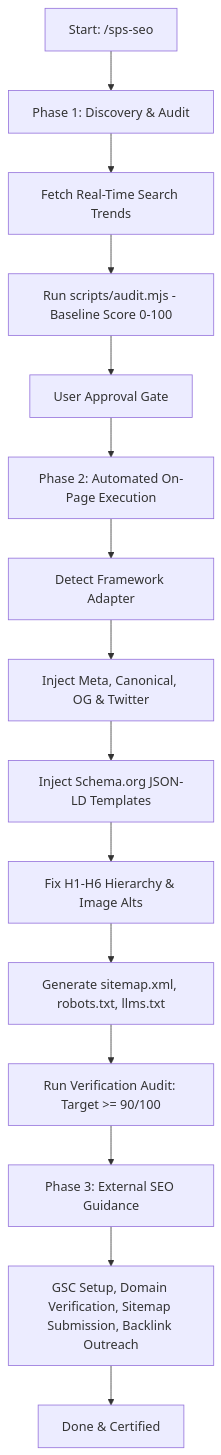
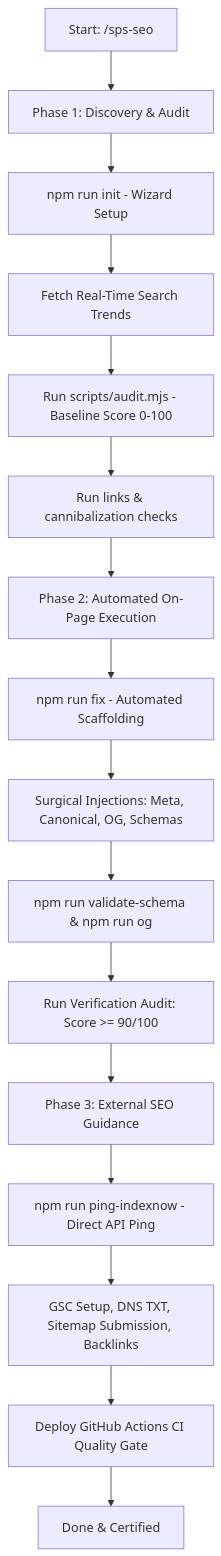
The diagram in METHOD-CARD.md (SHAHID8142/sps-seo), drawn with Mermaid before and after one commit. The commit also changed other lines of this file and 13 other files, not shown here.

Commit message:
feat(sps-seo): add elite enhancement suite - auto-fixer, init wizard, link graph, cannibalization, schema validator, og generator, indexnow, and CI gate

````diff
--- a/METHOD-CARD.md
+++ b/METHOD-CARD.md
@@ -41,17 +48,18 @@
 ```mermaid
 flowchart TD
     A[Start: /sps-seo] --> B[Phase 1: Discovery & Audit]
-    B --> C[Fetch Real-Time Search Trends]
-    C --> D[Run scripts/audit.mjs - Baseline Score 0-100]
-    D --> E[User Approval Gate]
-    E --> F[Phase 2: Automated On-Page Execution]
-    F --> G[Detect Framework Adapter]
-    G --> H[Inject Meta, Canonical, OG & Twitter]
-    H --> I[Inject Schema.org JSON-LD Templates]
-    I --> J[Fix H1-H6 Hierarchy & Image Alts]
-    J --> K[Generate sitemap.xml, robots.txt, llms.txt]
-    K --> L[Run Verification Audit: Target >= 90/100]
-    L --> M[Phase 3: External SEO Guidance]
-    M --> N[GSC Setup, Domain Verification, Sitemap Submission, Backlink Outreach]
-    N --> O[Done & Certified]
+    B --> C[npm run init - Wizard Setup]
+    C --> D[Fetch Real-Time Search Trends]
+    D --> E[Run scripts/audit.mjs - Baseline Score 0-100]
+    E --> F[Run links & cannibalization checks]
+    F --> G[Phase 2: Automated On-Page Execution]
+    G --> H[npm run fix - Automated Scaffolding]
+    H --> I[Surgical Injections: Meta, Canonical, OG, Schemas]
+    I --> J[npm run validate-schema & npm run og]
+    J --> K[Run Verification Audit: Score >= 90/100]
+    K --> L[Phase 3: External SEO Guidance]
+    L --> M[npm run ping-indexnow - Direct API Ping]
+    M --> N[GSC Setup, DNS TXT, Sitemap Submission, Backlinks]
+    N --> O[Deploy GitHub Actions CI Quality Gate]
+    O --> P[Done & Certified]
 ```
````
